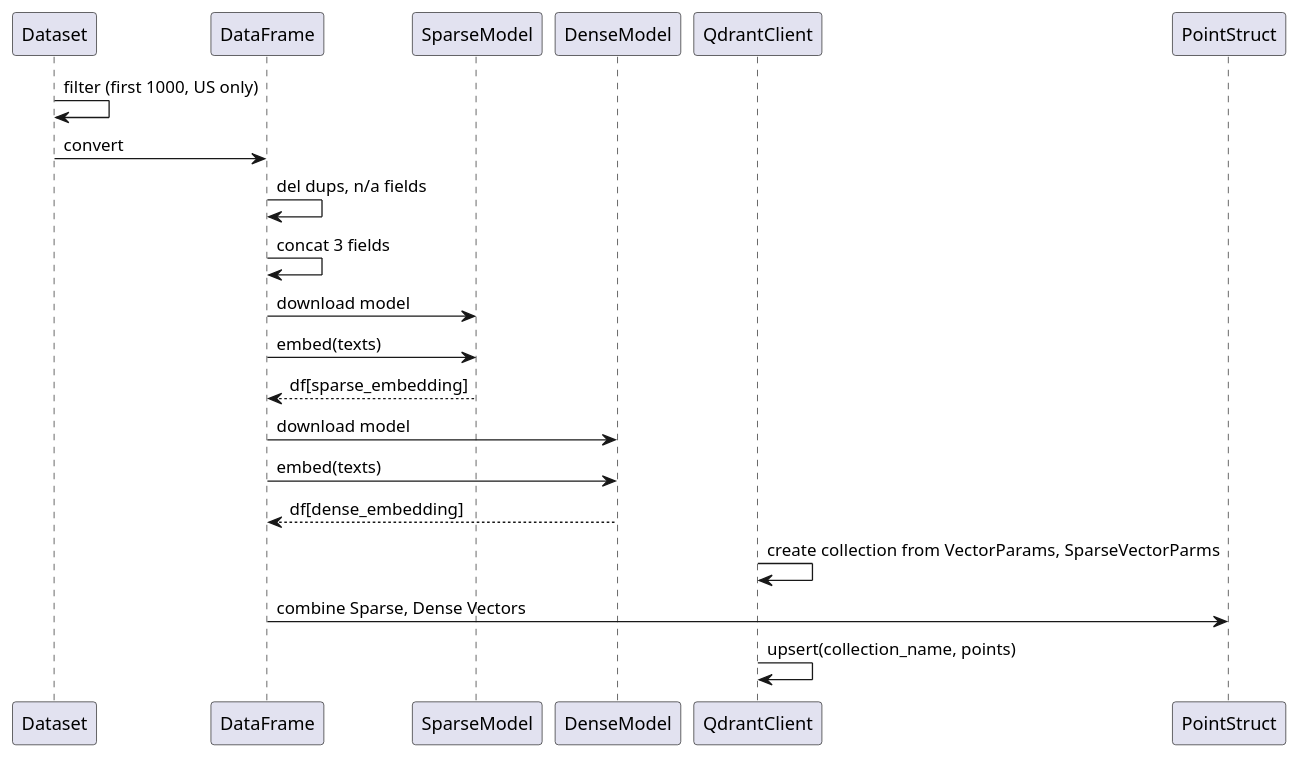
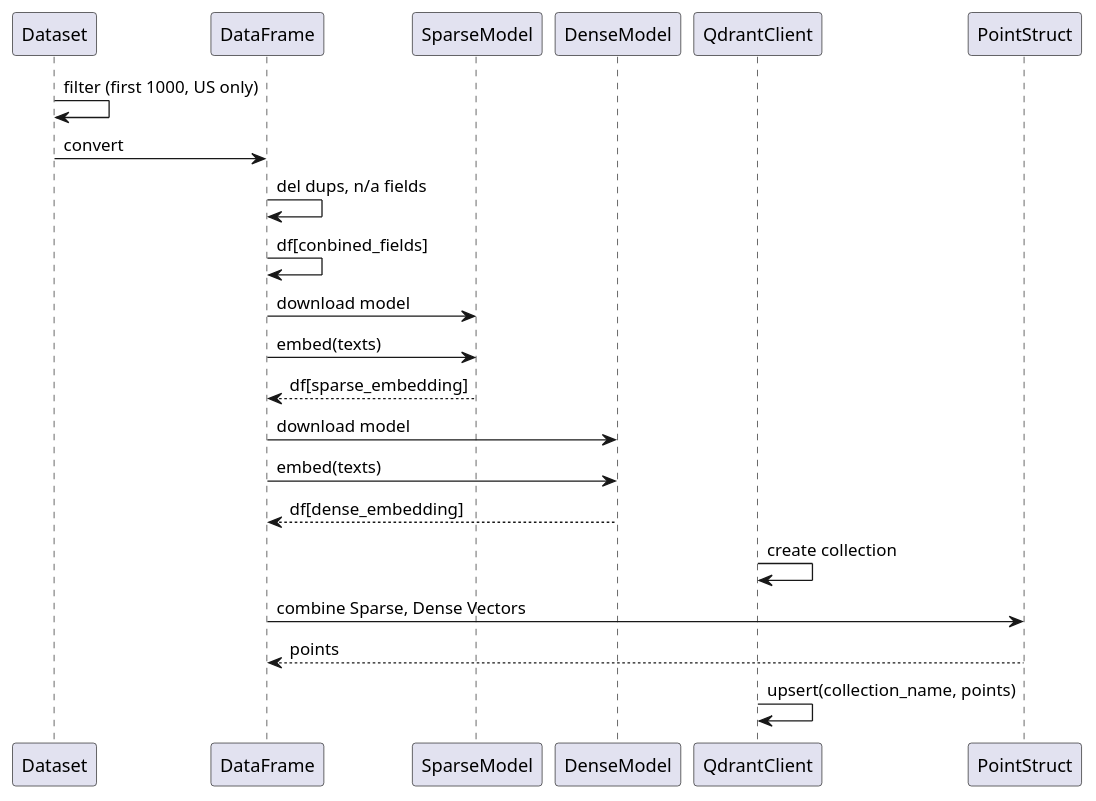
Before and after one commit to simple-sifu/AI_Demo: the diagram in week7/HybridSearch.puml, drawn with PlantUML. The commit also changed 1 other file, not shown here.

```diff
--- a/week7/HybridSearch.puml
+++ b/week7/HybridSearch.puml
@@ -1,15 +1,16 @@
 @startuml 
 Dataset -> Dataset: filter (first 1000, US only)
 Dataset -> DataFrame: convert 
 DataFrame -> DataFrame: del dups, n/a fields
-DataFrame -> DataFrame: concat 3 fields
+DataFrame -> DataFrame: df[conbined_fields]
 DataFrame -> SparseModel: download model
 DataFrame -> SparseModel: embed(texts) 
 SparseModel --> DataFrame: df[sparse_embedding]
 DataFrame -> DenseModel: download model
 DataFrame -> DenseModel: embed(texts)
 DenseModel --> DataFrame: df[dense_embedding]
-QdrantClient -> QdrantClient: create collection from VectorParams, SparseVectorParms
+QdrantClient -> QdrantClient: create collection
 DataFrame -> PointStruct: combine Sparse, Dense Vectors
+PointStruct --> DataFrame: points 
 QdrantClient -> QdrantClient: upsert(collection_name, points)
 @enduml
```
